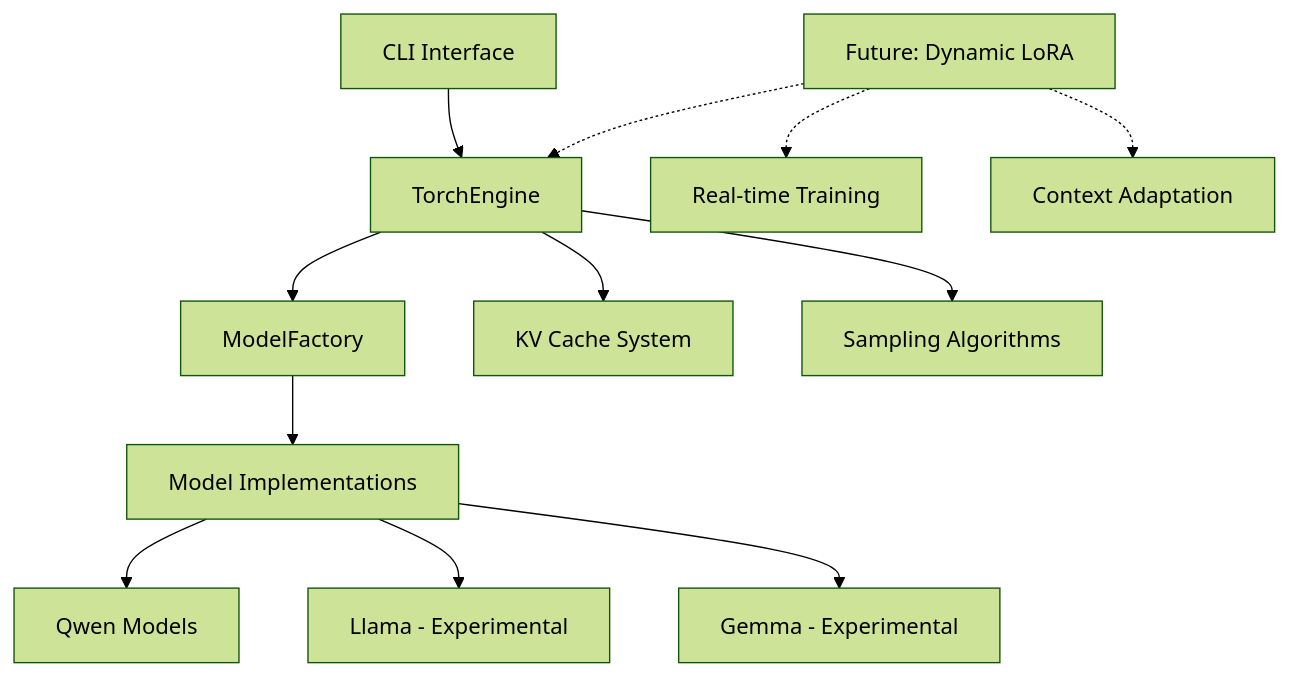
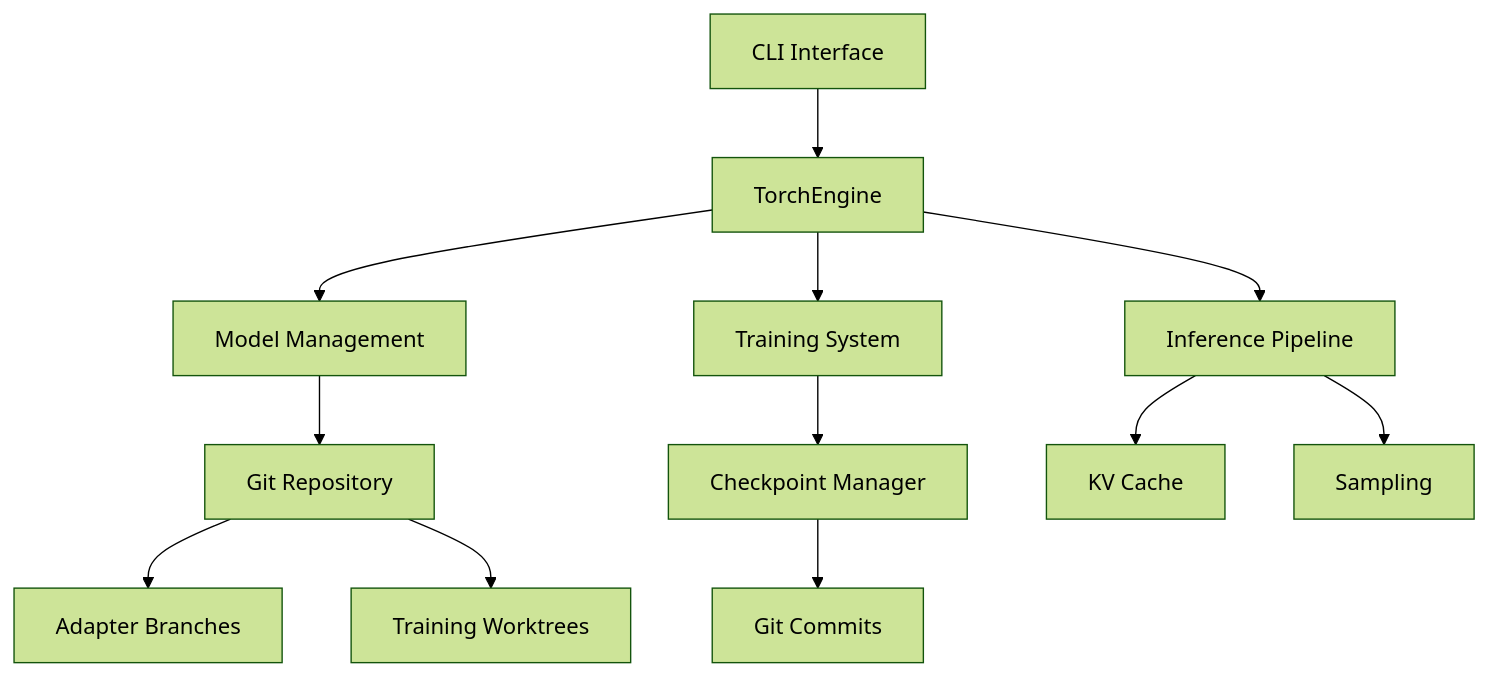
Before and after one commit to hyprstream/hyprstream: the diagram in README.md, drawn with Mermaid (forest theme). The commit also changed other lines of this file and 74 other files, not shown here.

Commit message:
refactor: remove openvdb, use git2 for model management

````diff
--- a/README.md
+++ b/README.md
@@ -90,17 +138,17 @@
 ```mermaid
 graph TD
     CLI[CLI Interface] --> Engine[TorchEngine]
-    Engine --> Factory[ModelFactory]
-    Factory --> Models[Model Implementations]
-    
-    Models --> Qwen[Qwen Models]
-    Models --> Llama[Llama - Experimental]  
-    Models --> Gemma[Gemma - Experimental]
-    
-    Engine --> KVCache[KV Cache System]
-    Engine --> Sampling[Sampling Algorithms]
-    
-    Future[Future: Dynamic LoRA] -.-> Engine
-    Future -.-> Training[Real-time Training]
-    Future -.-> Adaptation[Context Adaptation]
+    Engine --> Models[Model Management]
+    Engine --> Training[Training System]
+
+    Models --> Git[Git Repository]
+    Git --> Branches[Adapter Branches]
+    Git --> Worktrees[Training Worktrees]
+
+    Training --> Checkpoint[Checkpoint Manager]
+    Checkpoint --> GitCommit[Git Commits]
+
+    Engine --> Inference[Inference Pipeline]
+    Inference --> KVCache[KV Cache]
+    Inference --> Sampling[Sampling]
 ```
````
